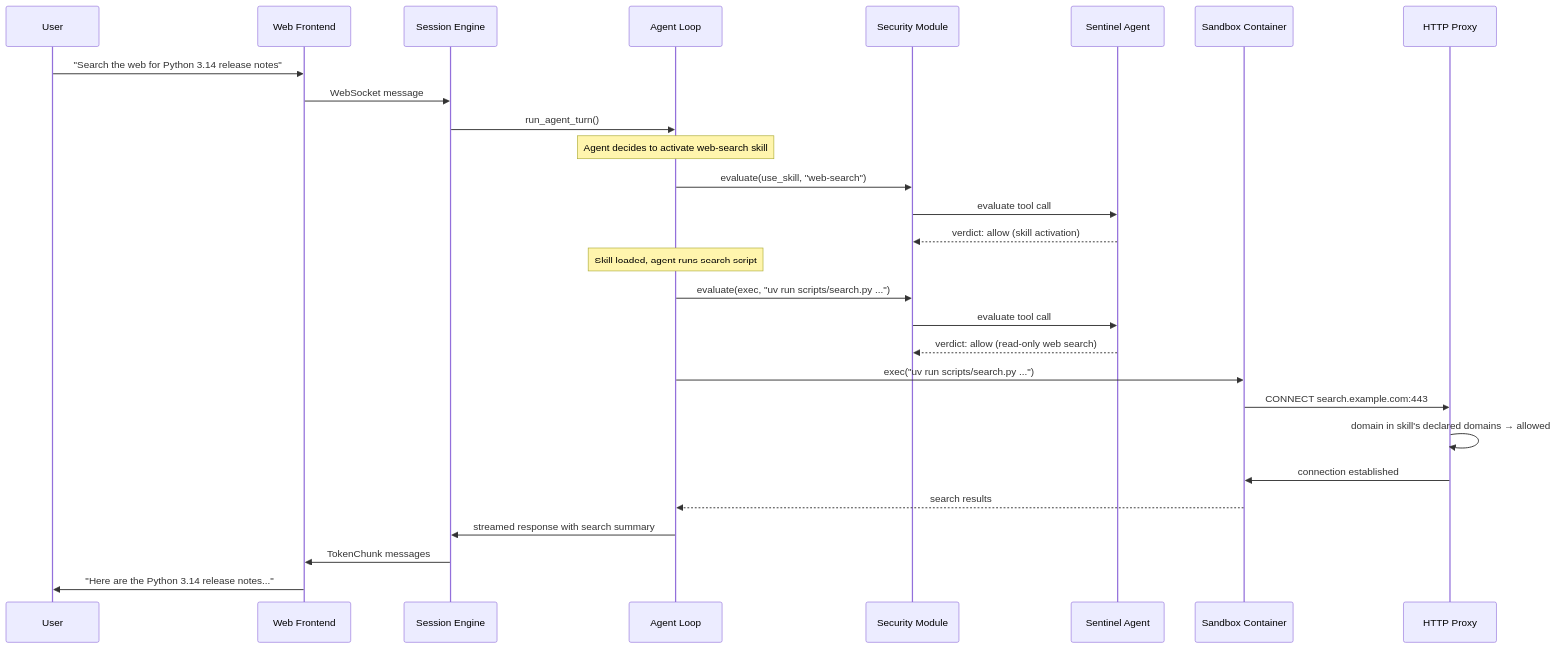
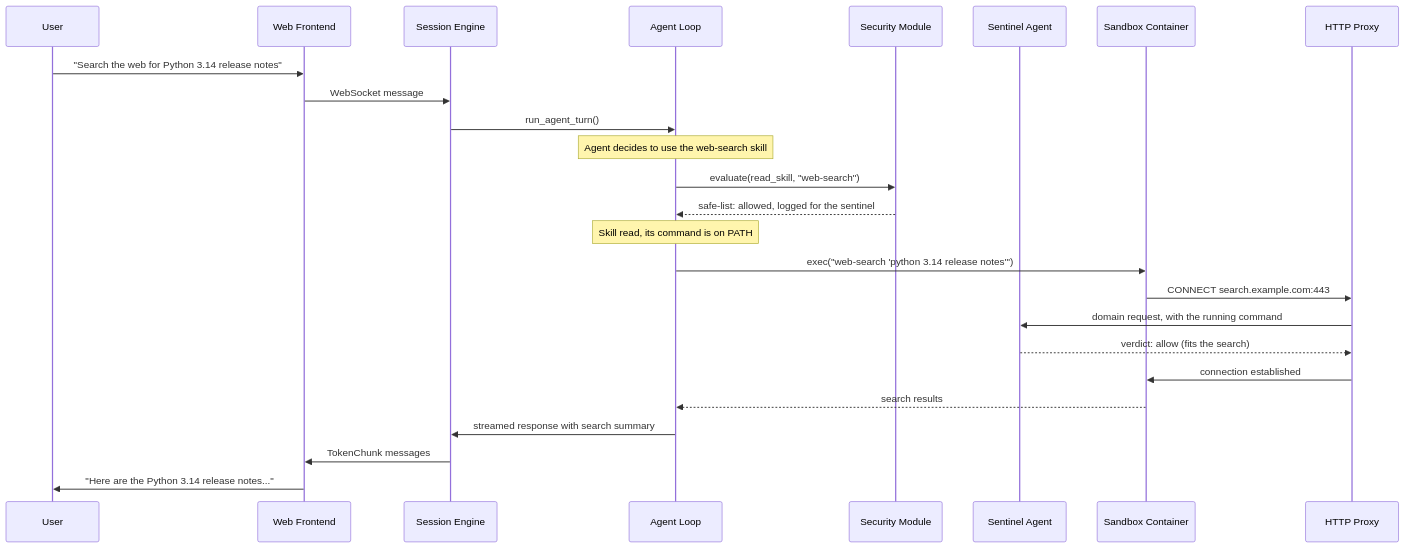
Before and after one commit to thiesgerken/carapace: the third of 3 diagrams in docs/architecture.md, drawn with Mermaid. The commit also changed other lines of this file and 87 other files, not shown here.

First line of the commit message:
✨ feat: read skills with read_skill instead of activating them

````diff
--- a/docs/architecture.md
+++ b/docs/architecture.md
@@ -391,37 +391,33 @@
 ```mermaid
 sequenceDiagram
     participant User
     participant Frontend as Web Frontend
     participant Engine as Session Engine
     participant Agent as Agent Loop
     participant Security as Security Module
     participant Sentinel as Sentinel Agent
     participant Sandbox as Sandbox Container
     participant Proxy as HTTP Proxy
 
     User->>Frontend: "Search the web for Python 3.14 release notes"
     Frontend->>Engine: WebSocket message
     Engine->>Agent: run_agent_turn()
 
-    Note over Agent: Agent decides to activate web-search skill
+    Note over Agent: Agent decides to use the web-search skill
 
-    Agent->>Security: evaluate(use_skill, "web-search")
-    Security->>Sentinel: evaluate tool call
-    Sentinel-->>Security: verdict: allow (skill activation)
+    Agent->>Security: evaluate(read_skill, "web-search")
+    Security-->>Agent: safe-list: allowed, logged for the sentinel
 
-    Note over Agent: Skill loaded, agent runs search script
+    Note over Agent: Skill read, its command is on PATH
 
-    Agent->>Security: evaluate(exec, "uv run scripts/search.py ...")
-    Security->>Sentinel: evaluate tool call
-    Sentinel-->>Security: verdict: allow (read-only web search)
-
-    Agent->>Sandbox: exec("uv run scripts/search.py ...")
+    Agent->>Sandbox: exec("web-search 'python 3.14 release notes'")
     Sandbox->>Proxy: CONNECT search.example.com:443
-    Proxy->>Proxy: domain in skill's declared domains → allowed
+    Proxy->>Sentinel: domain request, with the running command
+    Sentinel-->>Proxy: verdict: allow (fits the search)
     Proxy->>Sandbox: connection established
     Sandbox-->>Agent: search results
 
     Agent->>Engine: streamed response with search summary
     Engine->>Frontend: TokenChunk messages
     Frontend->>User: "Here are the Python 3.14 release notes..."
 ```
````
